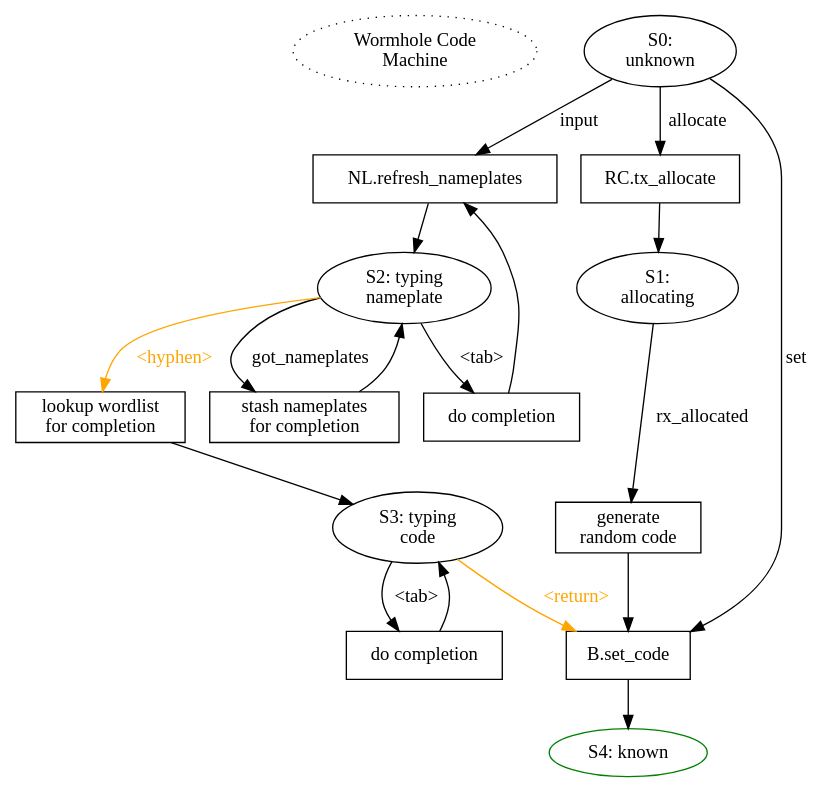
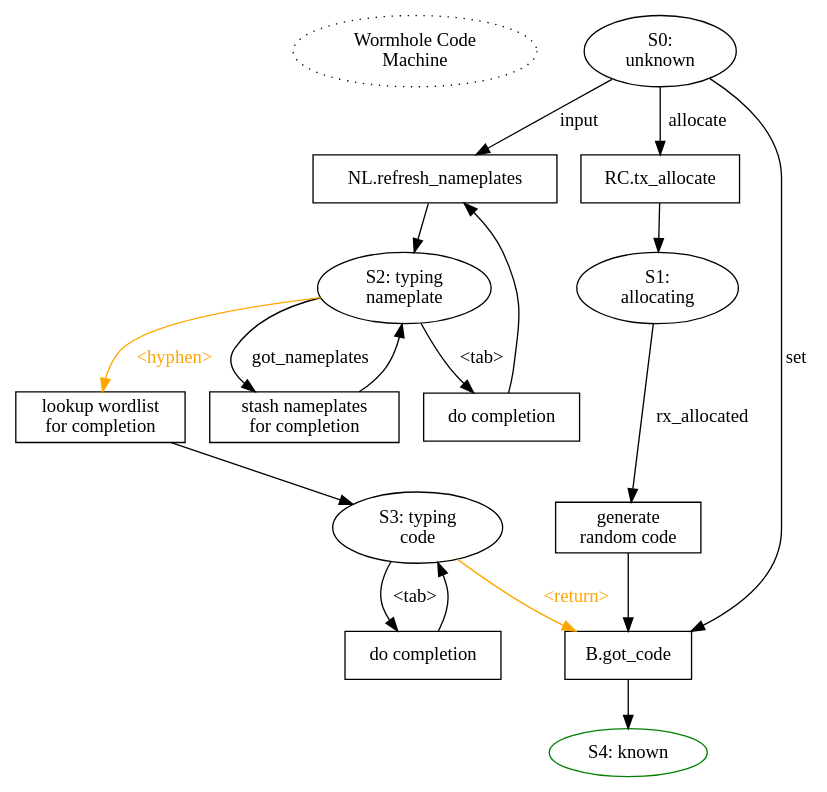
Before and after one commit to magic-wormhole/magic-wormhole: the diagram in docs/code.dot, drawn with Graphviz. The commit also changed 12 other files, not shown here.

```diff
--- a/docs/code.dot
+++ b/docs/code.dot
@@ -1,46 +1,46 @@
 digraph {
 
         start [label="Wormhole Code\nMachine" style="dotted"]
         {rank=same; start S0}
         {rank=same; P0_list_nameplates P0_allocate}
         {rank=same; S1 S2}
         {rank=same; S3 P1_generate}
         start -> S0 [style="invis"]
         S0 [label="S0:\nunknown"]
-        S0 -> P0_set_code [label="set"]
-        P0_set_code [shape="box" label="B.set_code"]
-        P0_set_code -> S4
+        S0 -> P0_got_code [label="set"]
+        P0_got_code [shape="box" label="B.got_code"]
+        P0_got_code -> S4
         S4 [label="S4: known" color="green"]
 
         S0 -> P0_list_nameplates [label="input"]
         S2 [label="S2: typing\nnameplate"]
 
         S2 -> P2_completion [label="<tab>"]
         P2_completion [shape="box" label="do completion"]
         P2_completion -> P0_list_nameplates
         P0_list_nameplates [shape="box" label="NL.refresh_nameplates"]
         P0_list_nameplates -> S2
 
         S2 -> P2_got_nameplates [label="got_nameplates"]
         P2_got_nameplates [shape="box" label="stash nameplates\nfor completion"]
         P2_got_nameplates -> S2
         S2 -> P2_finish [label="<hyphen>" color="orange" fontcolor="orange"]
         P2_finish [shape="box" label="lookup wordlist\nfor completion"]
         P2_finish -> S3
         S3 [label="S3: typing\ncode"]
         S3 -> P3_completion [label="<tab>"]
         P3_completion [shape="box" label="do completion"]
         P3_completion -> S3
 
-        S3 -> P0_set_code [label="<return>"
+        S3 -> P0_got_code [label="<return>"
                            color="orange" fontcolor="orange"]
 
         S0 -> P0_allocate [label="allocate"]
         P0_allocate [shape="box" label="RC.tx_allocate"]
         P0_allocate -> S1
         S1 [label="S1:\nallocating"]
         S1 -> P1_generate [label="rx_allocated"]
         P1_generate [shape="box" label="generate\nrandom code"]
-        P1_generate -> P0_set_code
+        P1_generate -> P0_got_code
         
 }
```
